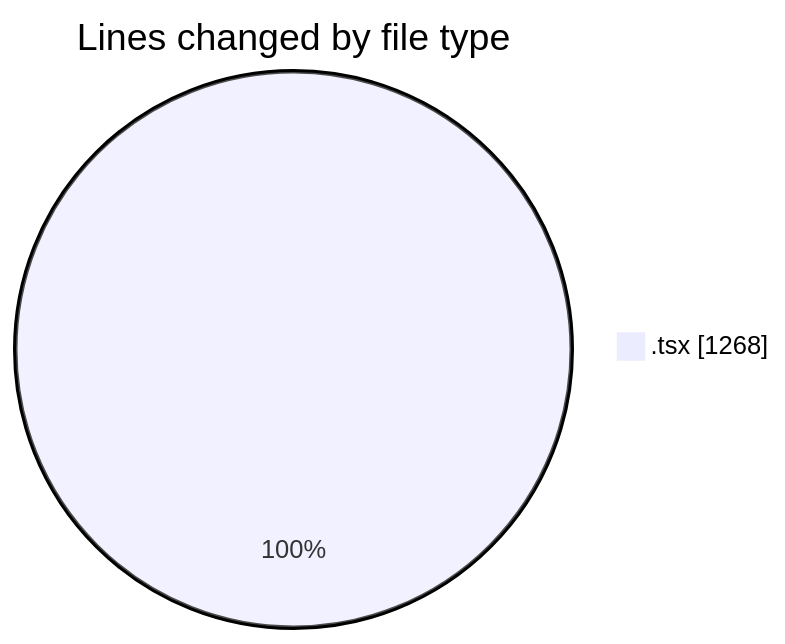
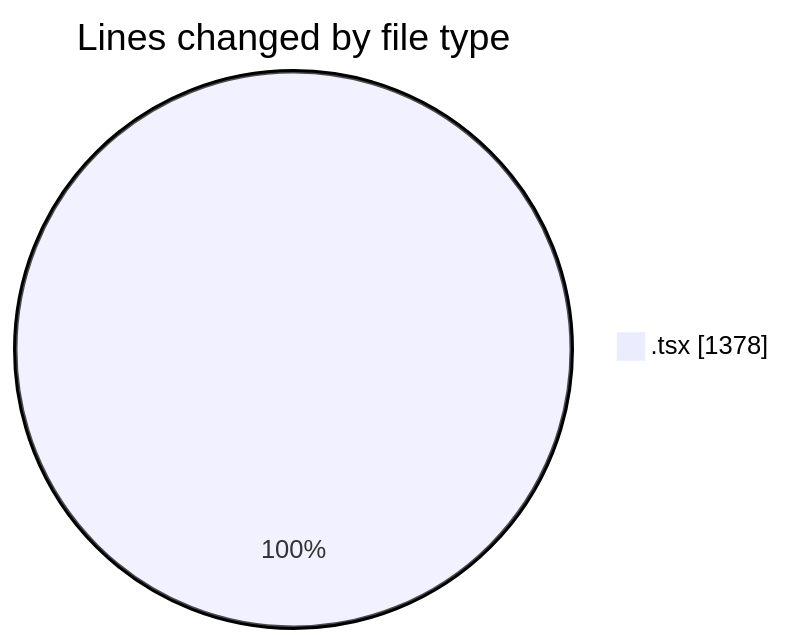
One commit to nxtqubesakshisongat/code-tracking changed the first of 2 diagrams in 2026-02-10/nxtqube_webapp/README.md. Above: the diagram before and after it, drawn with Mermaid. The commit also changed other lines of this file and 1 other file, not shown here.

````diff
--- a/2026-02-10/nxtqube_webapp/README.md
+++ b/2026-02-10/nxtqube_webapp/README.md
@@ -21,5 +21,5 @@
 ```mermaid
 pie showData
 title Lines changed by file type
-".tsx" : 1268
+".tsx" : 1378
 ```
````
